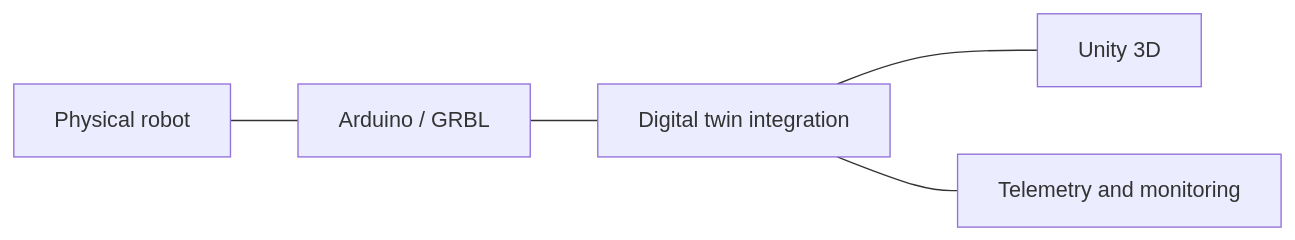
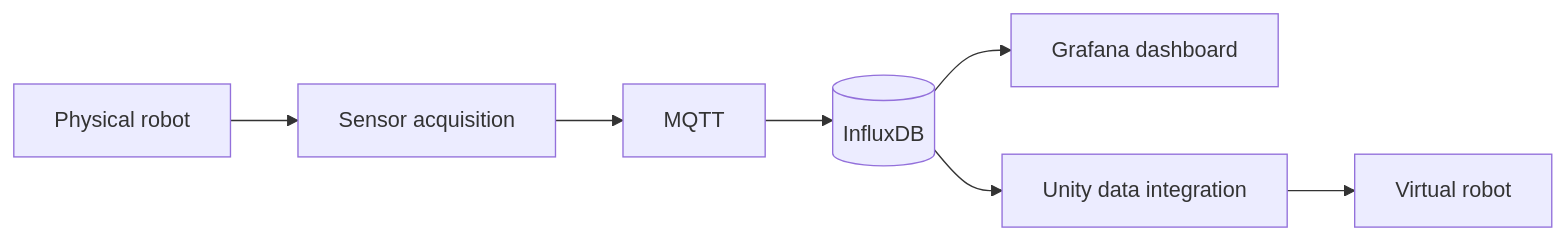
The diagram in README.md (HassanAliJanjua03/Final-Year-Project), drawn with Mermaid before and after one commit. The commit also changed other lines of this file and 19 other files, not shown here.

Commit message:
Rebuild digital twin portfolio with engineering documentation and reference implementations

````diff
--- a/README.md
+++ b/README.md
@@ -7,7 +37,9 @@
 ```mermaid
 flowchart LR
- A[Physical robot] --- B[Arduino / GRBL]
- B --- C[Digital twin integration]
- C --- D[Unity 3D]
- C --- E[Telemetry and monitoring]
+  A[Physical robot] --> B[Sensor acquisition]
+  B --> C[MQTT]
+  C --> D[(InfluxDB)]
+  D --> E[Grafana dashboard]
+  D --> F[Unity data integration]
+  F --> G[Virtual robot]
 ```
````
